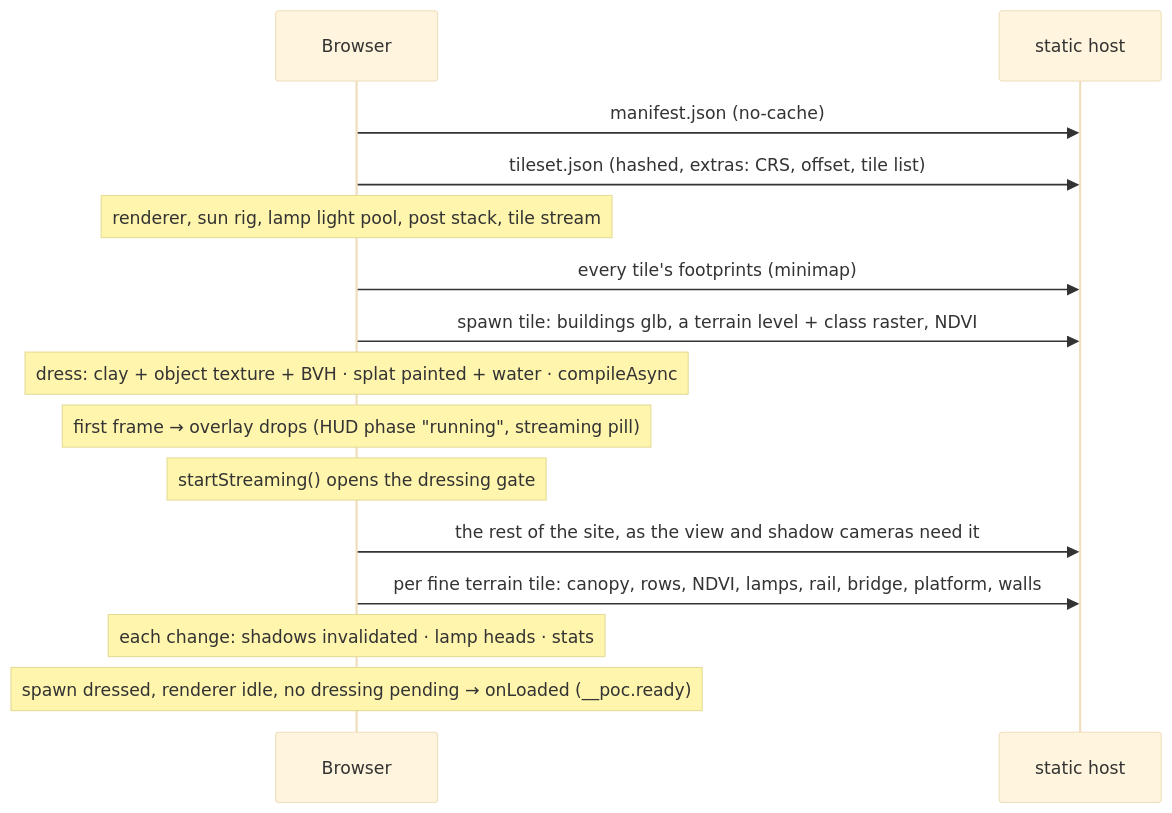
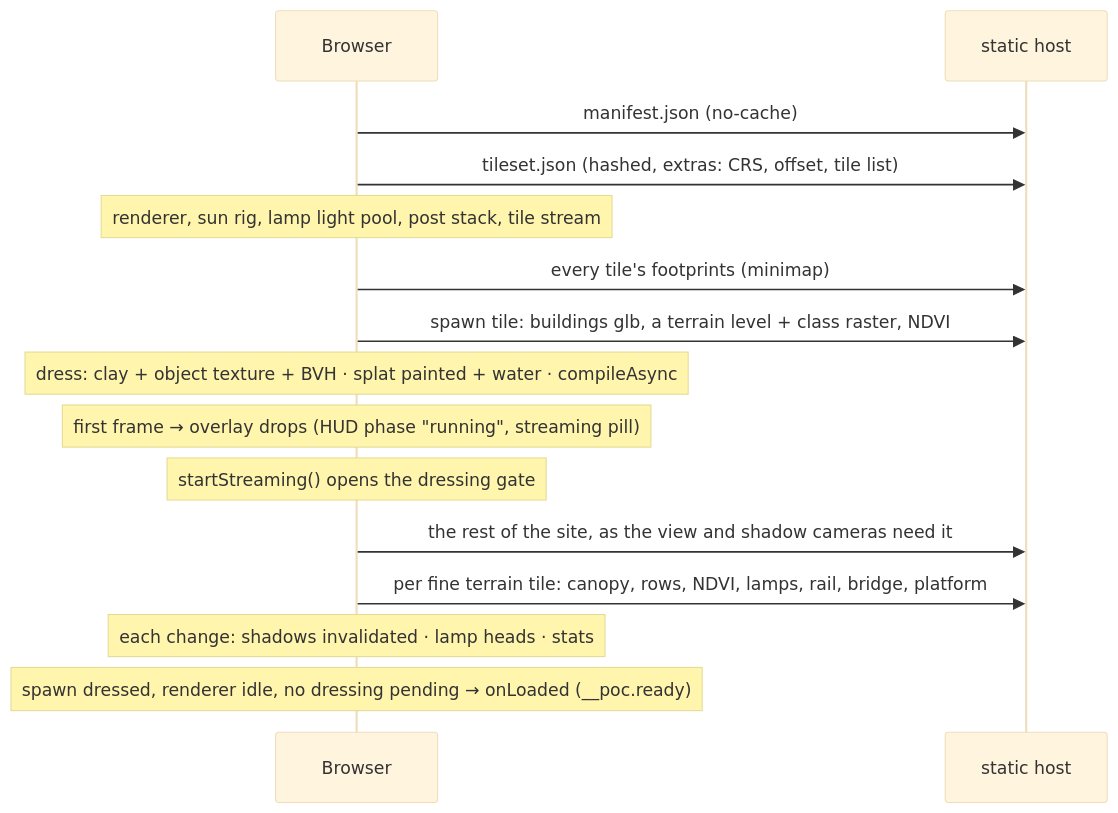
One commit to mdugue/bridge changed the second of 2 diagrams in docs/rendering.md. Above: the diagram before and after it, drawn with Mermaid (base theme). The commit also changed other lines of this file and 28 other files, not shown here.

First line of the commit message:
refactor(walls): bake the wall ribbons into the fine terrain glTF

````diff
--- a/docs/rendering.md
+++ b/docs/rendering.md
@@ -214,17 +214,17 @@
 ```mermaid
 sequenceDiagram
   participant B as Browser
   participant S as static host
   B->>S: manifest.json (no-cache)
   B->>S: tileset.json (hashed, extras: CRS, offset, tile list)
   Note over B: renderer, sun rig, lamp light pool, post stack, tile stream
   B->>S: every tile's footprints (minimap)
   B->>S: spawn tile: buildings glb, a terrain level + class raster, NDVI
   Note over B: dress: clay + object texture + BVH · splat painted + water · compileAsync
   Note over B: first frame → overlay drops (HUD phase "running", streaming pill)
   Note over B: startStreaming() opens the dressing gate
   B->>S: the rest of the site, as the view and shadow cameras need it
-  B->>S: per fine terrain tile: canopy, rows, NDVI, lamps, rail, bridge, platform, walls
+  B->>S: per fine terrain tile: canopy, rows, NDVI, lamps, rail, bridge, platform
   Note over B: each change: shadows invalidated · lamp heads · stats
   Note over B: spawn dressed, renderer idle, no dressing pending → onLoaded (__poc.ready)
 ```
````
